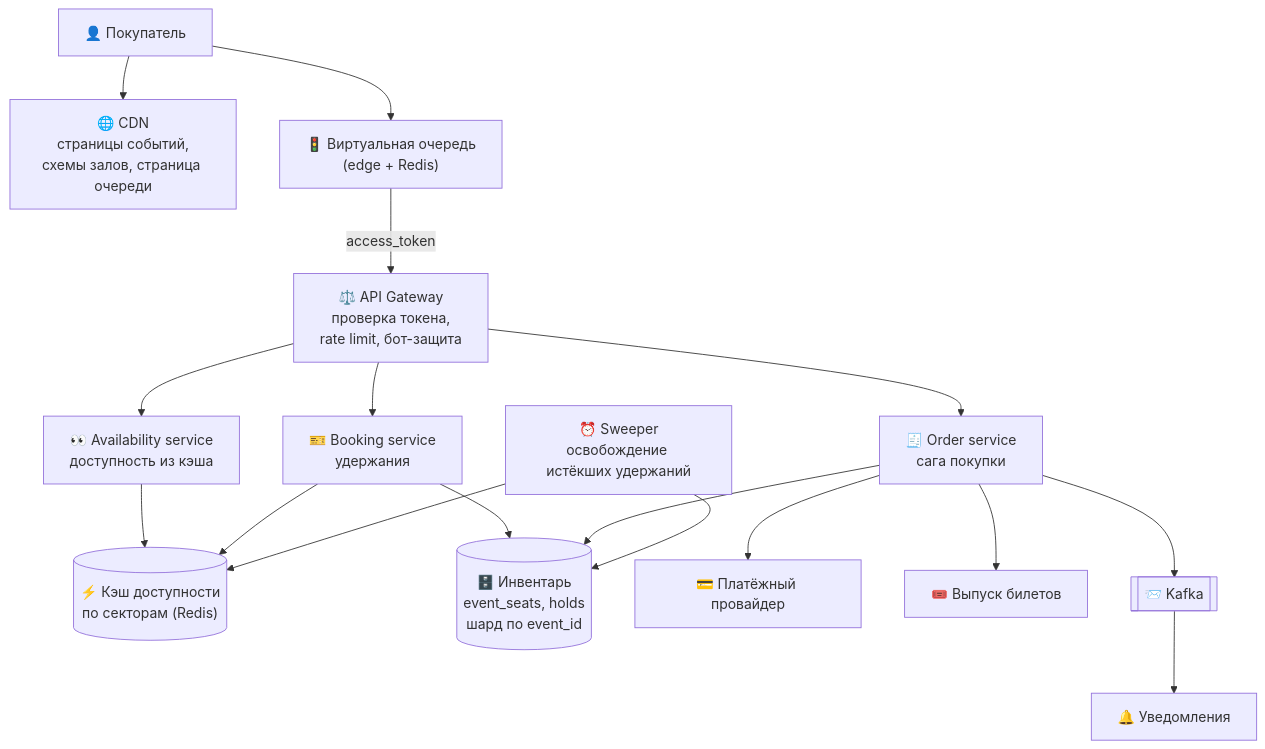
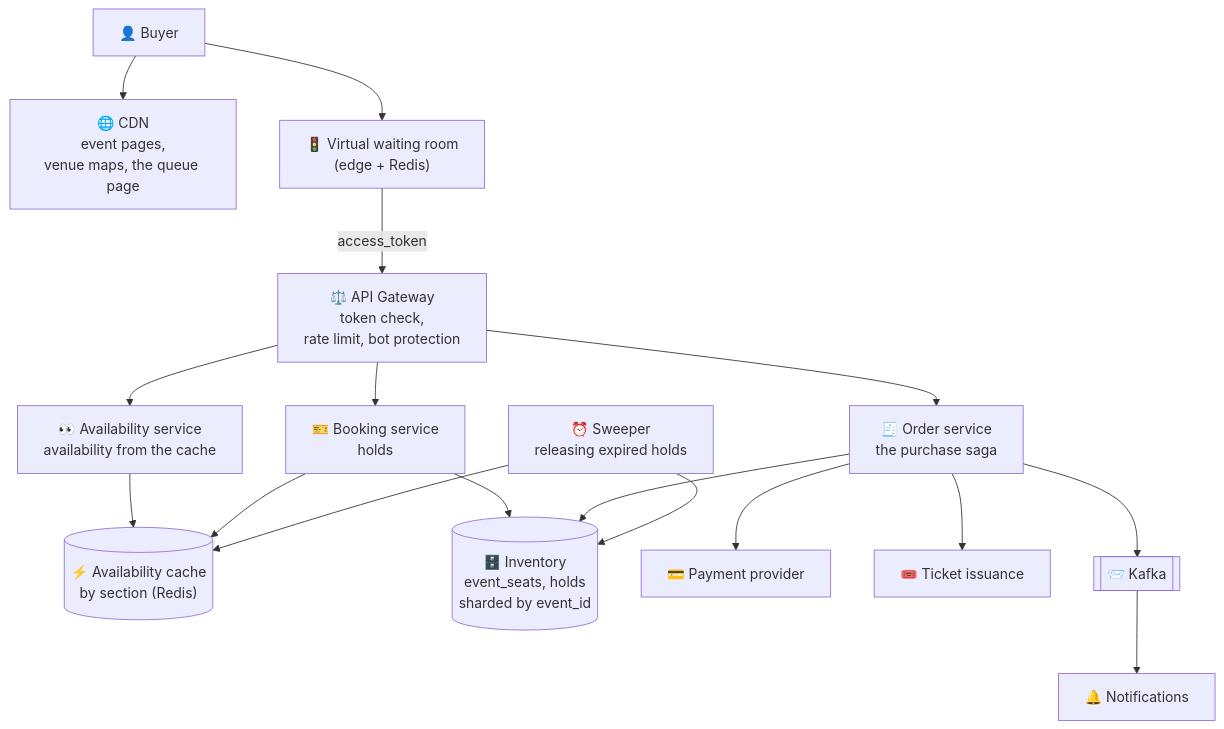
The first of 5 diagrams in system-design/02_Tier 1 Core Classic/13_Design Ticketmaster or Hotel Booking/README.md (jwm1rr0rb10/FAANG-MANGO-interview), drawn with Mermaid before and after one commit. The commit also changed other lines of this file and 120 other files, not shown here.

````diff
--- a/system-design/02_Tier 1 Core Classic/13_Design Ticketmaster or Hotel Booking/README.md
+++ b/system-design/02_Tier 1 Core Classic/13_Design Ticketmaster or Hotel Booking/README.md
@@ -234,23 +234,23 @@
 ```mermaid
 flowchart TB
-    U["👤 Покупатель"] --> CDN["🌐 CDN<br/>страницы событий,<br/>схемы залов, страница очереди"]
-    U --> WR["🚦 Виртуальная очередь<br/>(edge + Redis)"]
-    WR -->|"access_token"| GW["⚖️ API Gateway<br/>проверка токена,<br/>rate limit, бот-защита"]
+    U["👤 Buyer"] --> CDN["🌐 CDN<br/>event pages,<br/>venue maps, the queue page"]
+    U --> WR["🚦 Virtual waiting room<br/>(edge + Redis)"]
+    WR -->|"access_token"| GW["⚖️ API Gateway<br/>token check,<br/>rate limit, bot protection"]
 
-    GW --> AV["👀 Availability service<br/>доступность из кэша"]
-    AV --> AC[("⚡ Кэш доступности<br/>по секторам (Redis)")]
+    GW --> AV["👀 Availability service<br/>availability from the cache"]
+    AV --> AC[("⚡ Availability cache<br/>by section (Redis)")]
 
-    GW --> BK["🎫 Booking service<br/>удержания"]
-    BK --> DB[("🗄️ Инвентарь<br/>event_seats, holds<br/>шард по event_id")]
+    GW --> BK["🎫 Booking service<br/>holds"]
+    BK --> DB[("🗄️ Inventory<br/>event_seats, holds<br/>sharded by event_id")]
     BK --> AC
 
-    GW --> OS["🧾 Order service<br/>сага покупки"]
+    GW --> OS["🧾 Order service<br/>the purchase saga"]
     OS --> DB
-    OS --> PSP["💳 Платёжный провайдер"]
-    OS --> TK["🎟️ Выпуск билетов"]
+    OS --> PSP["💳 Payment provider"]
+    OS --> TK["🎟️ Ticket issuance"]
     OS --> K[["📨 Kafka"]]
-    K --> NS["🔔 Уведомления"]
+    K --> NS["🔔 Notifications"]
 
-    SW["⏰ Sweeper<br/>освобождение истёкших удержаний"] --> DB
+    SW["⏰ Sweeper<br/>releasing expired holds"] --> DB
     SW --> AC
 ```
````
